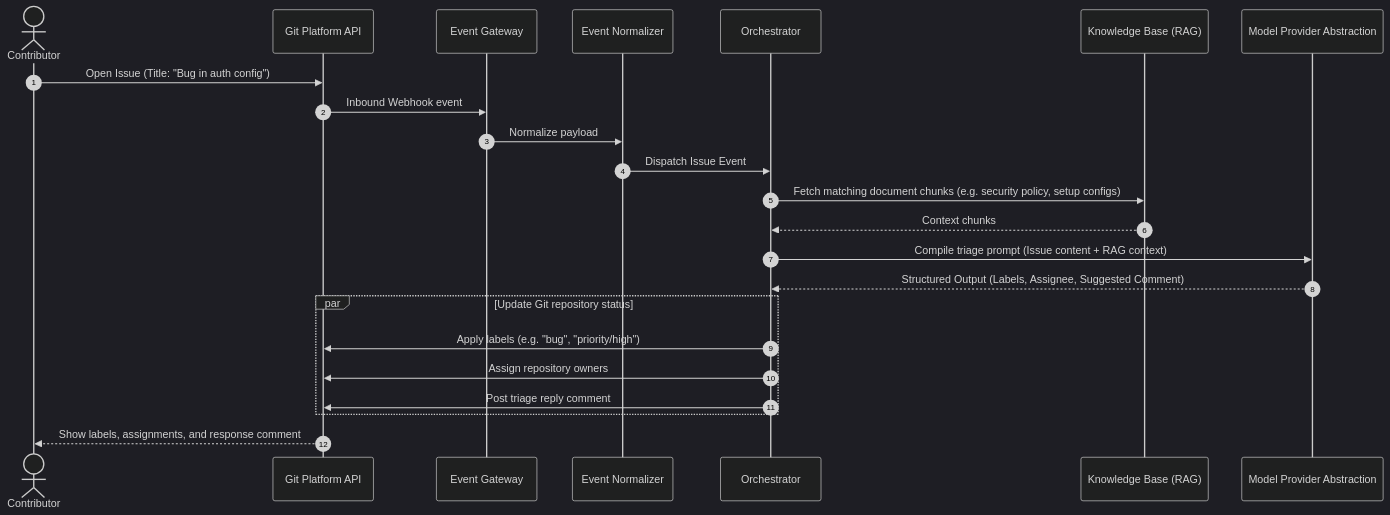
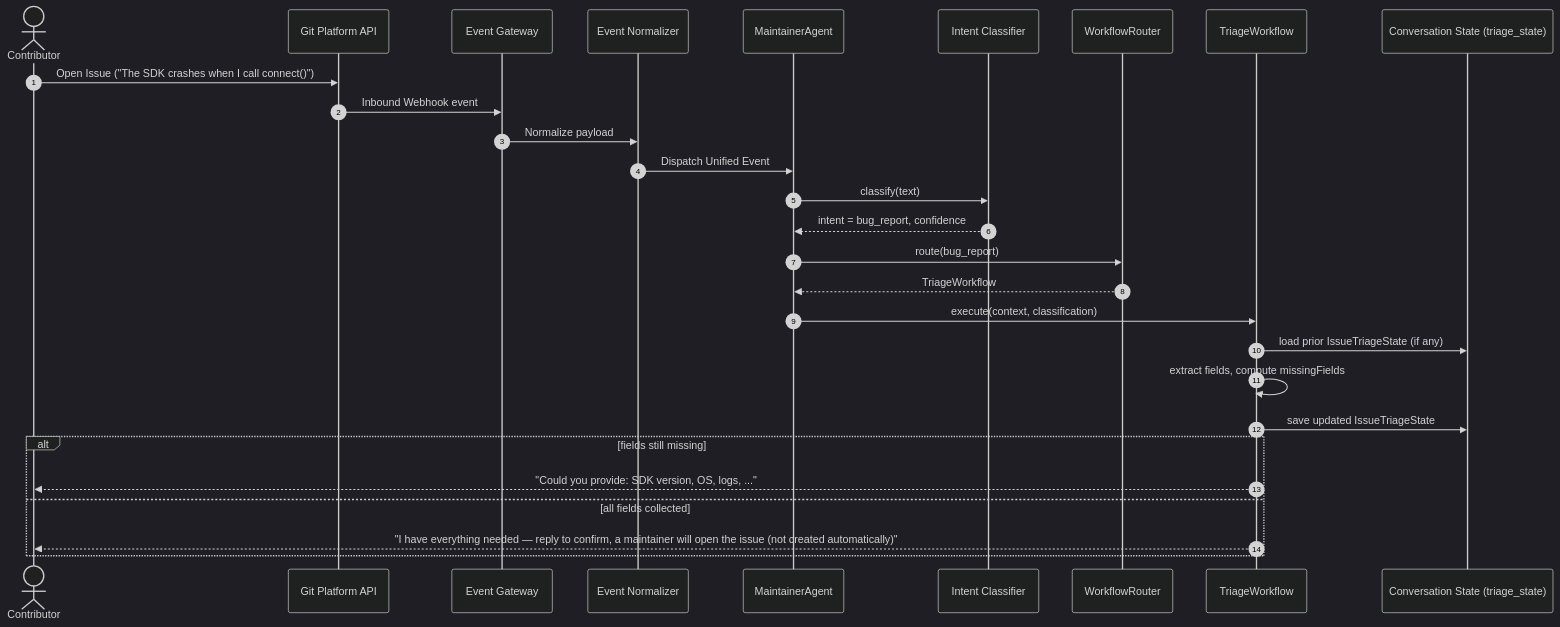
One commit to darkraider01/OSS-Maintainer-AI changed the diagram in docs/architecture/sequence-issue-triage.md. Above: the diagram before and after it, drawn with Mermaid (dark theme). The commit also changed other lines of this file and 121 other files, not shown here.

First line of the commit message:
feat: complete maintainer agent core (phases 0-12) plus tool-calling, RAG, notifications, and durable retry

````diff
--- a/docs/architecture/sequence-issue-triage.md
+++ b/docs/architecture/sequence-issue-triage.md
@@ -7,30 +14,35 @@
 ```mermaid
 sequenceDiagram
     autonumber
     actor Contributor as Contributor
     participant GH as Git Platform API
     participant GW as Event Gateway
     participant EN as Event Normalizer
-    participant OR as Orchestrator
-    participant RAG as Knowledge Base (RAG)
-    participant LLM as Model Provider Abstraction
+    participant MA as MaintainerAgent
+    participant IC as Intent Classifier
+    participant WR as WorkflowRouter
+    participant TW as TriageWorkflow
+    participant DB as Conversation State (triage_state)
 
-    Contributor->>GH: Open Issue (Title: "Bug in auth config")
+    Contributor->>GH: Open Issue ("The SDK crashes when I call connect()")
     GH->>GW: Inbound Webhook event
     GW->>EN: Normalize payload
-    EN->>OR: Dispatch Issue Event
+    EN->>MA: Dispatch Unified Event
 
-    OR->>RAG: Fetch matching document chunks (e.g. security policy, setup configs)
-    RAG-->>OR: Context chunks
+    MA->>IC: classify(text)
+    IC-->>MA: intent = bug_report, confidence
 
-    OR->>LLM: Compile triage prompt (Issue content + RAG context)
-    LLM-->>OR: Structured Output (Labels, Assignee, Suggested Comment)
+    MA->>WR: route(bug_report)
+    WR-->>MA: TriageWorkflow
 
-    par Update Git repository status
-        OR->>GH: Apply labels (e.g. "bug", "priority/high")
-        OR->>GH: Assign repository owners
-        OR->>GH: Post triage reply comment
+    MA->>TW: execute(context, classification)
+    TW->>DB: load prior IssueTriageState (if any)
+    TW->>TW: extract fields, compute missingFields
+    TW->>DB: save updated IssueTriageState
+
+    alt fields still missing
+        TW-->>Contributor: "Could you provide: SDK version, OS, logs, ..."
+    else all fields collected
+        TW-->>Contributor: "I have everything needed — reply to confirm, a maintainer will open the issue (not created automatically)"
     end
-
-    GH-->>Contributor: Show labels, assignments, and response comment
 ```
````
